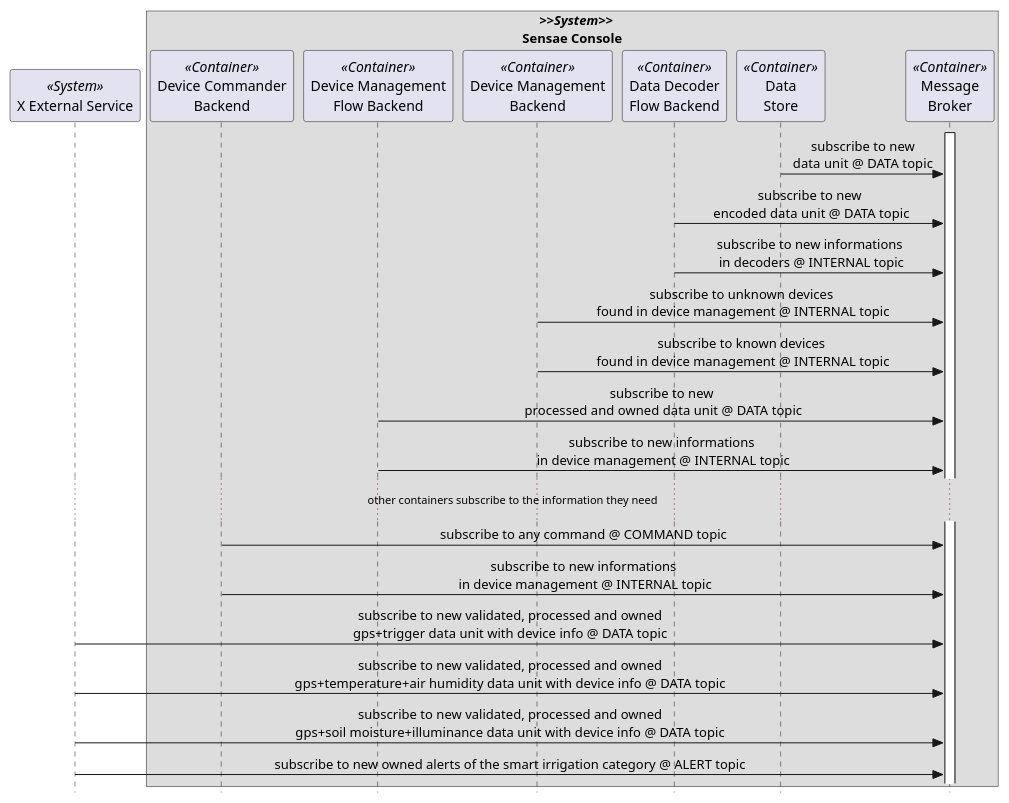
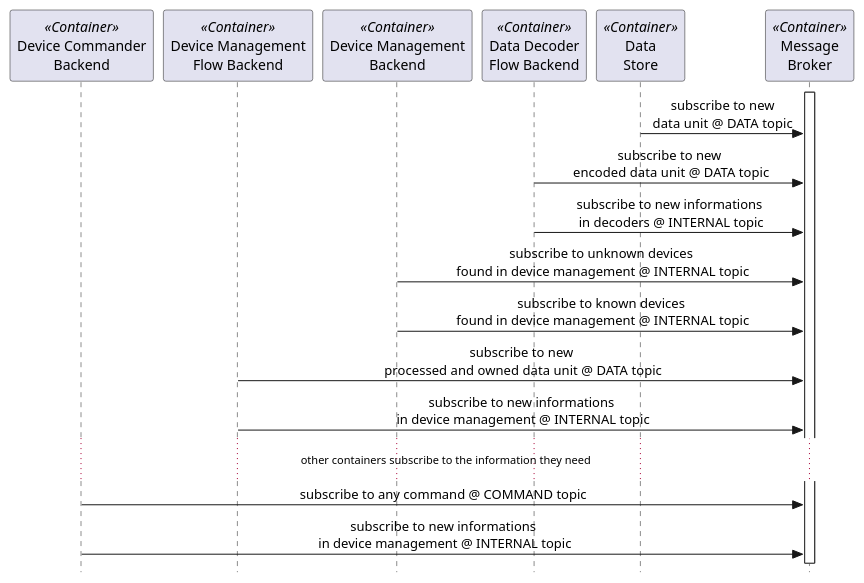
The diagram in assets/diagrams/design/architectural/level2/process/container-init.pu (FilipeMCruz/dissertation), drawn with PlantUML before and after one commit. The commit also changed 264 other files, not shown here.

```diff
--- a/assets/diagrams/design/architectural/level2/process/container-init.pu
+++ b/assets/diagrams/design/architectural/level2/process/container-init.pu
@@ -1,35 +1,35 @@
 @startuml container-init
 
 skinparam sequenceMessageAlign center
 skinparam style strictuml
 
-participant "X External Service" as SIB <<System>>
+'participant "X External Service" as SIB <<System>>
 
-box "     //>>System>>//\nSensae Console"
+'box "     //>>System>>//\nSensae Console"
 participant "Device Commander\nBackend" as DCB <<Container>>
 participant "Device Management\nFlow Backend" as DRSB <<Container>>
 participant "Device Management\nBackend" as DRB <<Container>>
 participant "Data Decoder\nFlow Backend" as SDD <<Container>>
 participant "Data\nStore" as DS <<Container>>
 participant "Message\nBroker" as MB <<Container>>
-end box
+'end box
 
 activate MB
 
 DS -> MB :  subscribe to new\ndata unit @ DATA topic
 SDD -> MB : subscribe to new\n encoded data unit @ DATA topic
 SDD -> MB : subscribe to new informations\n in decoders @ INTERNAL topic
 DRB -> MB : subscribe to unknown devices\n found in device management @ INTERNAL topic
 DRB -> MB : subscribe to known devices\n found in device management @ INTERNAL topic
 DRSB -> MB : subscribe to new\n processed and owned data unit @ DATA topic
 DRSB -> MB : subscribe to new informations\n in device management @ INTERNAL topic
 
 ... other containers subscribe to the information they need ...
 DCB -> MB : subscribe to any command @ COMMAND topic
 DCB -> MB : subscribe to new informations\n in device management @ INTERNAL topic
-SIB -> MB : subscribe to new validated, processed and owned\ngps+trigger data unit with device info @ DATA topic
-SIB -> MB : subscribe to new validated, processed and owned\ngps+temperature+air humidity data unit with device info @ DATA topic
-SIB -> MB : subscribe to new validated, processed and owned\ngps+soil moisture+illuminance data unit with device info @ DATA topic
-SIB -> MB : subscribe to new owned alerts of the smart irrigation category @ ALERT topic
+'SIB -> MB : subscribe to new validated, processed and owned\ngps+trigger data unit with device info @ DATA topic
+'SIB -> MB : subscribe to new validated, processed and owned\ngps+temperature+air humidity data unit with device info @ DATA topic
+'SIB -> MB : subscribe to new validated, processed and owned\ngps+soil moisture+illuminance data unit with device info @ DATA topic
+'SIB -> MB : subscribe to new owned alerts of the smart irrigation category @ ALERT topic
 
 @enduml
```
